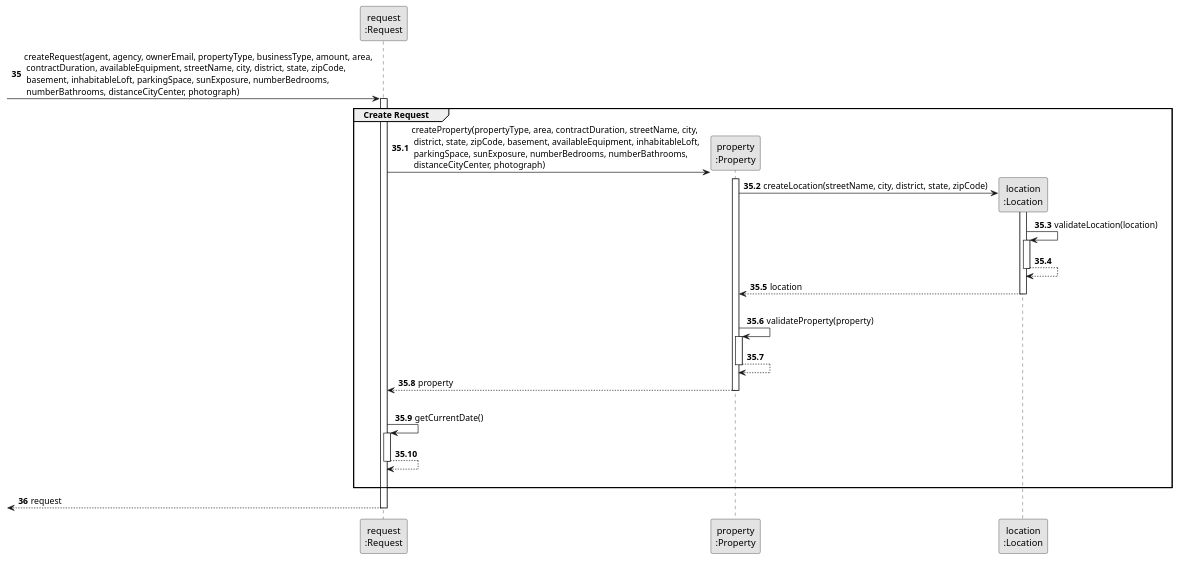
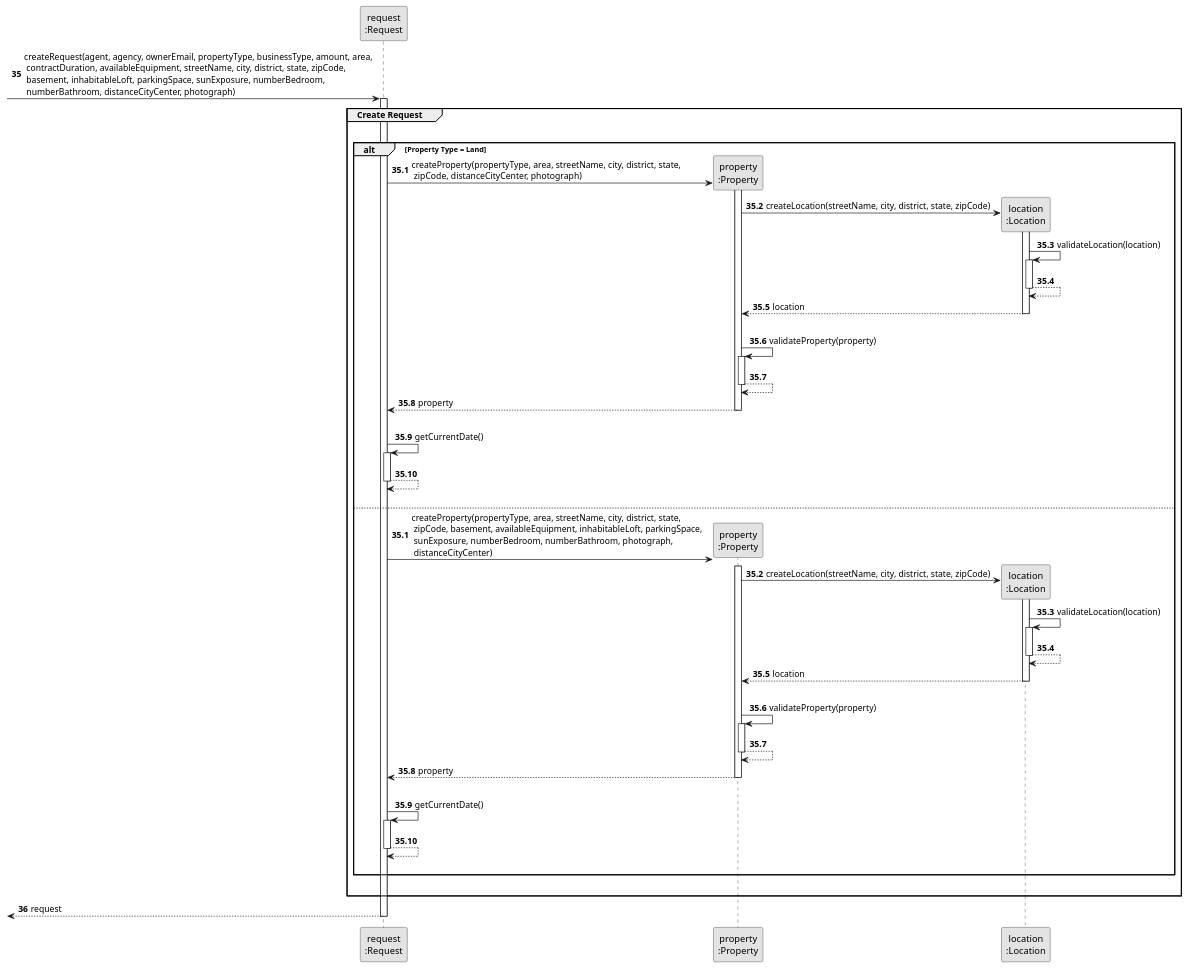
One commit to rita-barbosa/LAPR2-2223 changed the diagram in docs/sprintB/us004/03.design/puml/us004-sequence-diagram-partial-create-request.puml. Above: the diagram before and after it, drawn with PlantUML. The commit also changed 24 other files, not shown here.

```diff
--- a/docs/sprintB/us004/03.design/puml/us004-sequence-diagram-partial-create-request.puml
+++ b/docs/sprintB/us004/03.design/puml/us004-sequence-diagram-partial-create-request.puml
@@ -1,67 +1,117 @@
 @startuml
 
 skinparam monochrome true
 skinparam packageStyle rectangle
 skinparam shadowing false
 
 participant "request\n:Request" as REQUEST
 participant "property\n:Property" as PROPERTY
 participant "location\n:Location" as LOCATION
 
 autonumber 35
 
-        -> REQUEST: createRequest(agent, agency, ownerEmail, propertyType, businessType, amount, area,\n contractDuration, availableEquipment, streetName, city, district, state, zipCode,\n basement, inhabitableLoft, parkingSpace, sunExposure, numberBedrooms,\n numberBathrooms, distanceCityCenter, photograph)
+        -> REQUEST: createRequest(agent, agency, ownerEmail, propertyType, businessType, amount, area,\n contractDuration, availableEquipment, streetName, city, district, state, zipCode,\n basement, inhabitableLoft, parkingSpace, sunExposure, numberBedroom,\n numberBathroom, distanceCityCenter, photograph)
         activate REQUEST
 
             group Create Request
 
+            |||
+                alt Property Type = Land
+
                 autonumber 35.1
 
-                REQUEST -> PROPERTY** : createProperty(propertyType, area, contractDuration, streetName, city,\n district, state, zipCode, basement, availableEquipment, inhabitableLoft,\n parkingSpace, sunExposure, numberBedrooms, numberBathrooms,\n distanceCityCenter, photograph)
+                REQUEST -> PROPERTY** : createProperty(propertyType, area, streetName, city, district, state,\n zipCode, distanceCityCenter, photograph)
+
+                                activate PROPERTY
+
+                               PROPERTY -> LOCATION** : createLocation(streetName, city, district, state, zipCode)
+
+                               activate LOCATION
+
+                               LOCATION -> LOCATION : validateLocation(location)
+
+                                   activate LOCATION
+
+                                   LOCATION --> LOCATION
+
+                                   deactivate LOCATION
+
+                               LOCATION --> PROPERTY : location
+
+                               deactivate LOCATION
+
+                               |||
+                               PROPERTY -> PROPERTY : validateProperty(property)
+
+                                    activate PROPERTY
+
+                                    PROPERTY --> PROPERTY
+
+                                    deactivate PROPERTY
+
+                               PROPERTY --> REQUEST : property
+
+                               deactivate PROPERTY
+
+                                |||
+                               REQUEST -> REQUEST : getCurrentDate()
+                               activate REQUEST
+
+                               REQUEST --> REQUEST :
+                               deactivate REQUEST
+                |||
+                else
+
+                autonumber 35.1
+
+                REQUEST -> PROPERTY** : createProperty(propertyType, area, streetName, city, district, state,\n zipCode, basement, availableEquipment, inhabitableLoft, parkingSpace,\n sunExposure, numberBedroom, numberBathroom, photograph,\n distanceCityCenter)
 
                 activate PROPERTY
 
                PROPERTY -> LOCATION** : createLocation(streetName, city, district, state, zipCode)
 
                activate LOCATION
 
                LOCATION -> LOCATION : validateLocation(location)
 
                    activate LOCATION
 
                    LOCATION --> LOCATION
 
                    deactivate LOCATION
 
                LOCATION --> PROPERTY : location
 
                deactivate LOCATION
 
                |||
                PROPERTY -> PROPERTY : validateProperty(property)
 
                     activate PROPERTY
 
                     PROPERTY --> PROPERTY
 
                     deactivate PROPERTY
 
                PROPERTY --> REQUEST : property
 
                deactivate PROPERTY
 
                 |||
                REQUEST -> REQUEST : getCurrentDate()
                activate REQUEST
 
                REQUEST --> REQUEST :
                deactivate REQUEST
 
             |||
-            end group
+            end alt
+
+        |||
+        end group
 
         autonumber 36
 
         <-- REQUEST : request
         deactivate REQUEST
 @enduml
```
